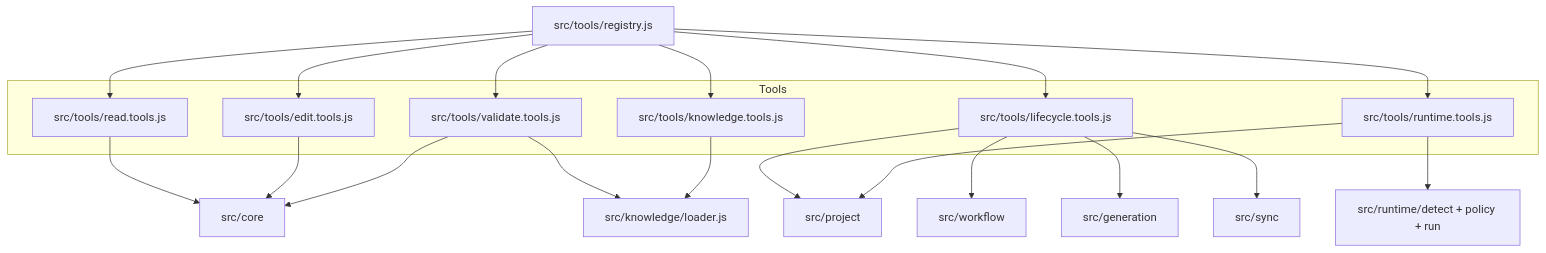
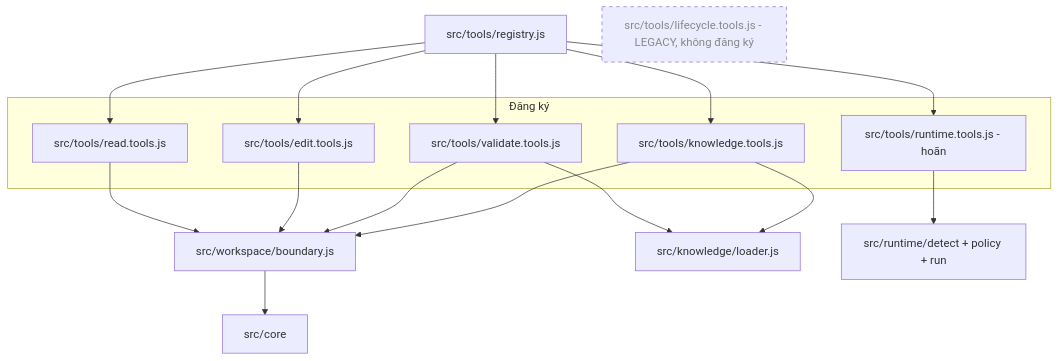
One commit to TumRoyall/pentaho-mcp-server changed the second of 3 diagrams in docs/architecture.md. Above: the diagram before and after it, drawn with Mermaid. The commit also changed other lines of this file and 11 other files, not shown here.

````diff
--- a/docs/architecture.md
+++ b/docs/architecture.md
@@ -46,28 +53,25 @@
 ```mermaid
 flowchart TB
-    subgraph Tools
+    subgraph Tools_registered[Đăng ký]
     READ[src/tools/read.tools.js]
     EDIT[src/tools/edit.tools.js]
     VAL[src/tools/validate.tools.js]
     KNOW[src/tools/knowledge.tools.js]
-    LIFE[src/tools/lifecycle.tools.js]
-    RUN[src/tools/runtime.tools.js]
+    RUN[src/tools/runtime.tools.js - hoãn]
     end
     REG[src/tools/registry.js] --> READ
     REG --> EDIT
     REG --> VAL
     REG --> KNOW
-    REG --> LIFE
     REG --> RUN
-    READ --> CORE[src/core]
-    EDIT --> CORE
-    VAL --> CORE
+    READ --> BND[src/workspace/boundary.js]
+    EDIT --> BND
+    VAL --> BND
+    KNOW --> BND
+    BND --> CORE[src/core]
     VAL --> KLOAD[src/knowledge/loader.js]
     KNOW --> KLOAD
-    LIFE --> PROJ[src/project]
-    LIFE --> WF[src/workflow]
-    LIFE --> GEN[src/generation]
-    LIFE --> SYNC[src/sync]
-    RUN --> PROJ
     RUN --> RDET[src/runtime/detect + policy + run]
+    LIFE[src/tools/lifecycle.tools.js - LEGACY, không đăng ký]:::legacy
+    classDef legacy stroke-dasharray: 5 5,color:#888;
 ```
````
